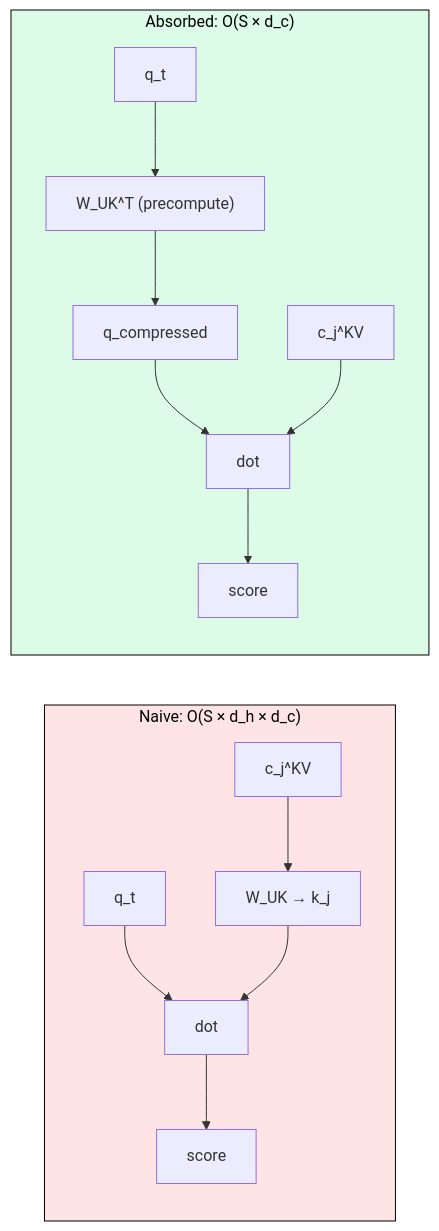
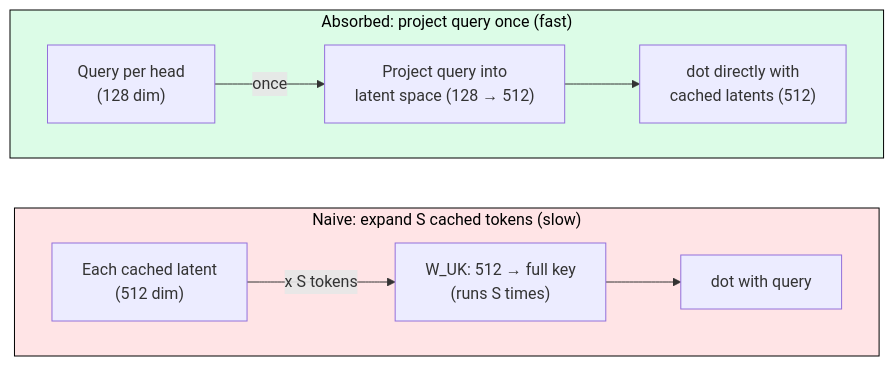
The second of 3 diagrams in content/03_attention_variants/03.4_mla/multi_latent_attention.md (harshuljain13/llm-inference-at-scale), drawn with Mermaid before and after one commit. The commit also changed other lines of this file and 22 other files, not shown here.

````diff
--- a/content/03_attention_variants/03.4_mla/multi_latent_attention.md
+++ b/content/03_attention_variants/03.4_mla/multi_latent_attention.md
@@ -44,14 +51,16 @@
 ```mermaid
 flowchart LR
-    subgraph Naive["Naive: O(S × d_h × d_c)"]
-        style Naive fill:#ffe4e6,stroke:#000,color:#000
-        Q1["q_t"] --> DOT1["dot"] --> S1["score"]
-        C1["c_j^KV"] --> WUK["W_UK → k_j"] --> DOT1
+    subgraph NAIVE["Naive: expand S cached tokens (slow)"]
+        direction LR
+        C1["Each cached latent<br>(512 dim)"] -->|"x S tokens"| EXP["W_UK: 512 → full key<br>(runs S times)"]
+        EXP --> DOT1["dot with query"]
     end
-    subgraph Absorbed["Absorbed: O(S × d_c)"]
-        style Absorbed fill:#dcfce7,stroke:#000,color:#000
-        Q2["q_t"] --> WA["W_UK^T (precompute)"] --> QC["q_compressed"]
-        QC --> DOT2["dot"] --> S2["score"]
-        C2["c_j^KV"] --> DOT2
+    subgraph FAST["Absorbed: project query once (fast)"]
+        direction LR
+        Q["Query per head<br>(128 dim)"] -->|"once"| PROJ["Project query into<br>latent space (128 → 512)"]
+        PROJ --> DOT2["dot directly with<br>cached latents (512)"]
     end
+
+    style NAIVE fill:#ffe4e6,stroke:#000,color:#000
+    style FAST fill:#dcfce7,stroke:#000,color:#000
 ```
````
